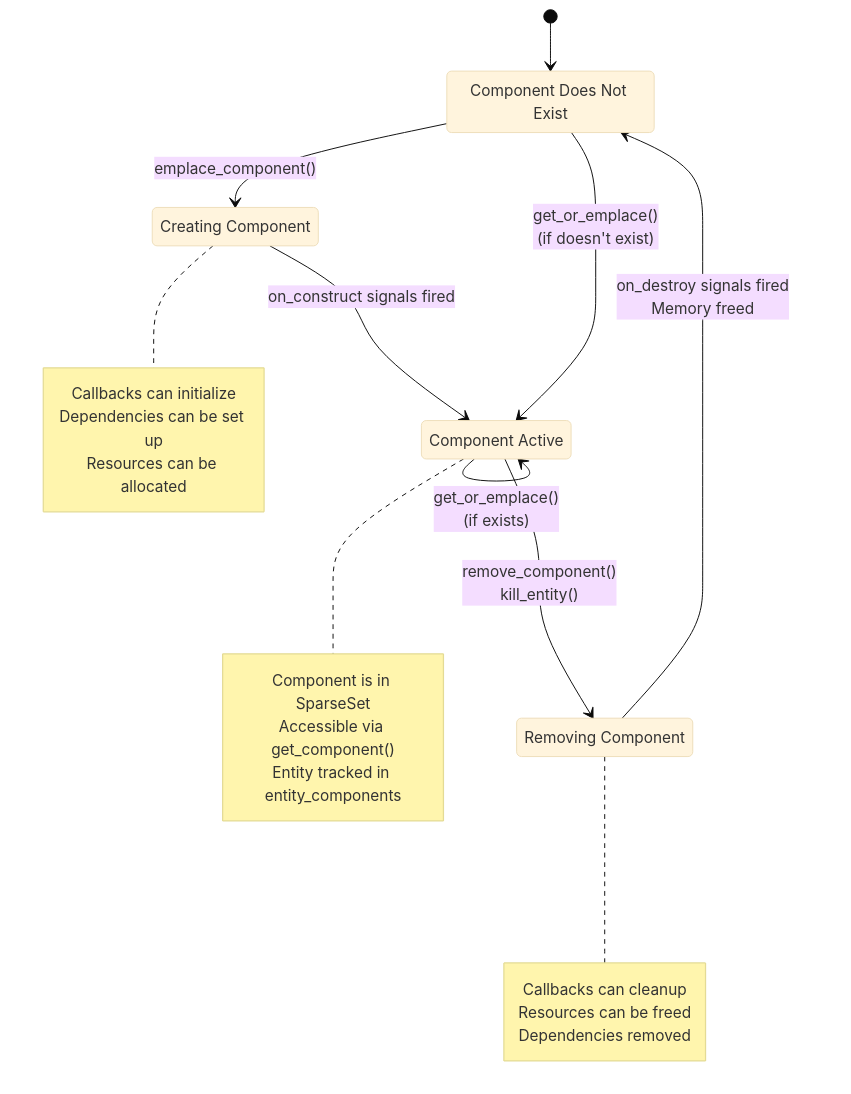
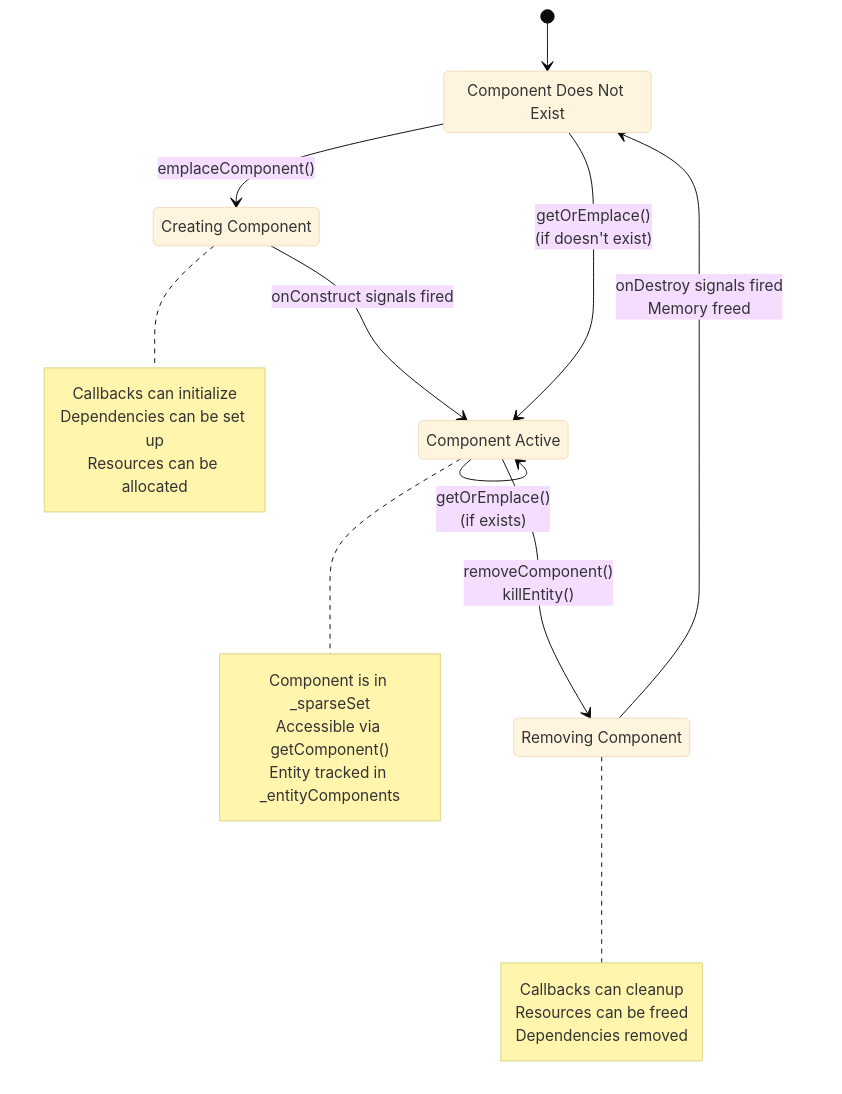
Diagram 11 of 12 in doc/ecs/19_architecture_diagrams.md (My-Epitech-Organisation/Rtype), drawn with Mermaid (base theme) before and after one commit. The commit also changed other lines of this file and 48 other files, not shown here.

````diff
--- a/doc/ecs/19_architecture_diagrams.md
+++ b/doc/ecs/19_architecture_diagrams.md
@@ -1010,41 +1010,41 @@
 ```mermaid
 stateDiagram-v2
     [*] --> NonExistent
     
     NonExistent: Component Does Not Exist
     Constructing: Creating Component
     Active: Component Active
     Destroying: Removing Component
     
-    NonExistent --> Constructing: emplace_component()
+    NonExistent --> Constructing: emplaceComponent()
     
-    Constructing --> Active: on_construct signals fired
+    Constructing --> Active: onConstruct signals fired
     
-    Active --> Active: patch()<br/>get_component()<br/>Modifications
+    Active --> Active: patch()<br/>getComponent()<br/>Modifications
     
-    Active --> Destroying: remove_component()<br/>kill_entity()
+    Active --> Destroying: removeComponent()<br/>killEntity()
     
-    Destroying --> NonExistent: on_destroy signals fired<br/>Memory freed
+    Destroying --> NonExistent: onDestroy signals fired<br/>Memory freed
     
-    NonExistent --> Active: get_or_emplace()<br/>(if doesn't exist)
+    NonExistent --> Active: getOrEmplace()<br/>(if doesn't exist)
     
-    Active --> Active: get_or_emplace()<br/>(if exists)
+    Active --> Active: getOrEmplace()<br/>(if exists)
     
     note right of Active
-        Component is in SparseSet
-        Accessible via get_component()
-        Entity tracked in entity_components
+        Component is in _sparseSet
+        Accessible via getComponent()
+        Entity tracked in _entityComponents
     end note
     
     note right of Constructing
         Callbacks can initialize
         Dependencies can be set up
         Resources can be allocated
     end note
     
     note right of Destroying
         Callbacks can cleanup
         Resources can be freed
         Dependencies removed
     end note
 ```
````
